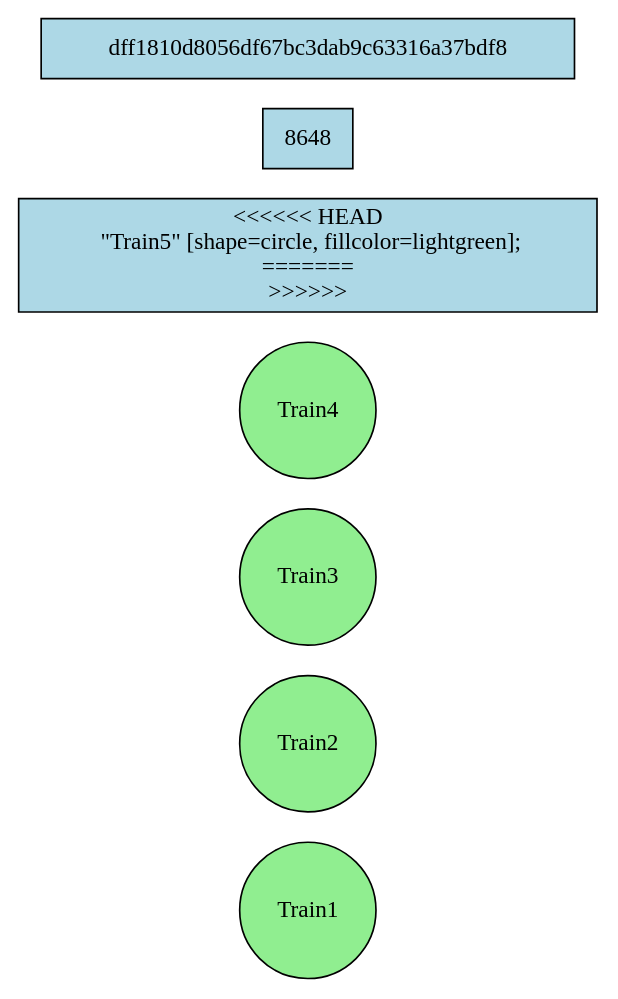
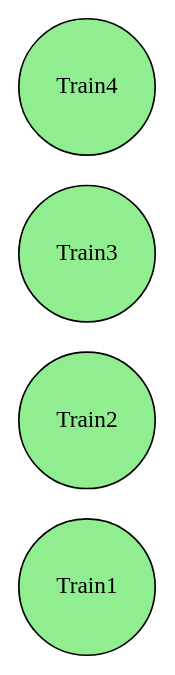
The diagram in rag.dot (Epsilon157/Group-D), drawn with Graphviz before and after one commit. The commit also changed 5 other files, not shown here.

```diff
--- a/rag.dot
+++ b/rag.dot
@@ -1,12 +1,8 @@
 digraph RAG {
   rankdir=LR;
   node [shape=rectangle, style=filled, fillcolor=lightblue];
   "Train1" [shape=circle, fillcolor=lightgreen];
   "Train2" [shape=circle, fillcolor=lightgreen];
   "Train3" [shape=circle, fillcolor=lightgreen];
   "Train4" [shape=circle, fillcolor=lightgreen];
-<<<<<<< HEAD
-  "Train5" [shape=circle, fillcolor=lightgreen];
-=======
->>>>>>> 8648dff1810d8056df67bc3dab9c63316a37bdf8
 }
```
